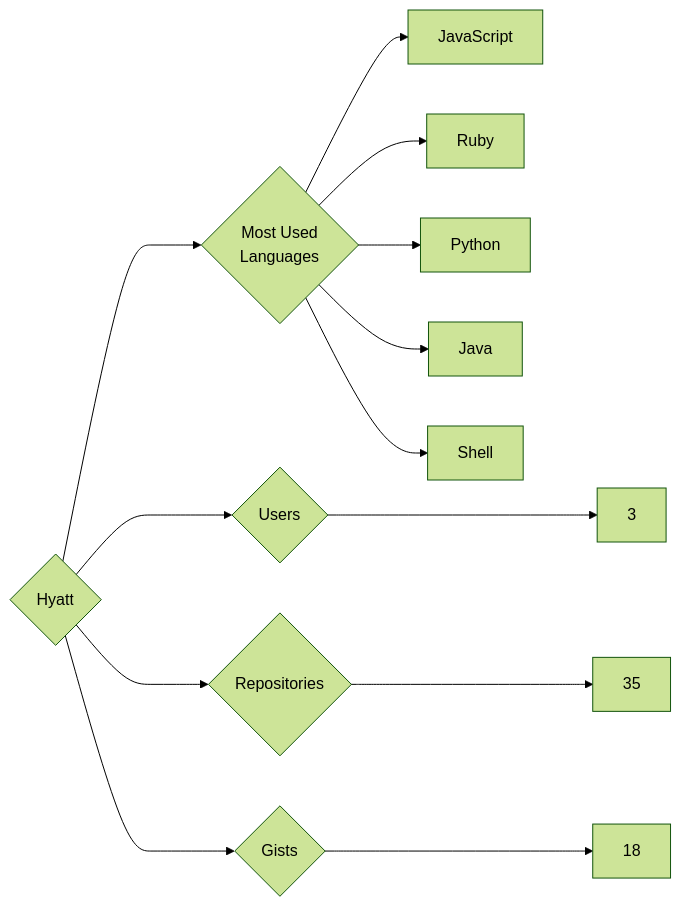
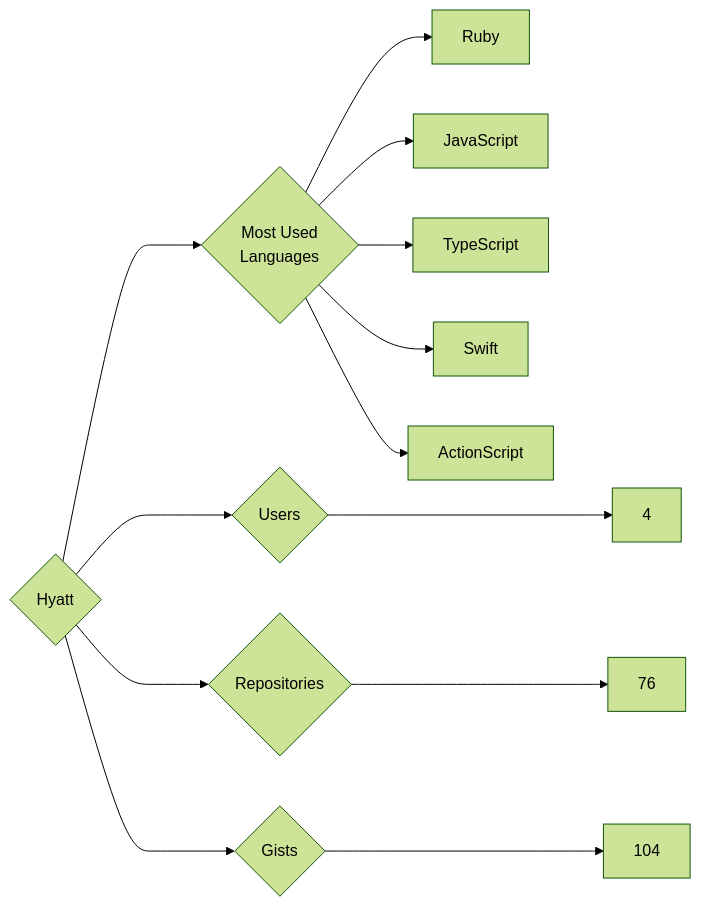
Before and after one commit to trickest/insiders: the diagram in targets/Hyatt/README.md, drawn with Mermaid (forest theme). The commit also changed 640 other files, not shown here.

````diff
--- a/targets/Hyatt/README.md
+++ b/targets/Hyatt/README.md
@@ -3,13 +3,13 @@
 ```mermaid
 graph LR
 COMPANY_NAME{Hyatt}
-COMPANY_NAME ---> U{Users} ---> UN[3]
-COMPANY_NAME ---> R{Repositories} ---> RN[35]
-COMPANY_NAME ---> G{Gists} ---> GN[18]
+COMPANY_NAME ---> U{Users} ---> UN[4]
+COMPANY_NAME ---> R{Repositories} ---> RN[76]
+COMPANY_NAME ---> G{Gists} ---> GN[104]
 COMPANY_NAME ---> ML{Most Used<br>Languages}
+ML --> Ruby[Ruby]
 ML --> JavaScript[JavaScript]
-ML --> Ruby[Ruby]
-ML --> Python[Python]
-ML --> Java[Java]
-ML --> Shell[Shell]
+ML --> TypeScript[TypeScript]
+ML --> Swift[Swift]
+ML --> ActionScript[ActionScript]
 ```
````
